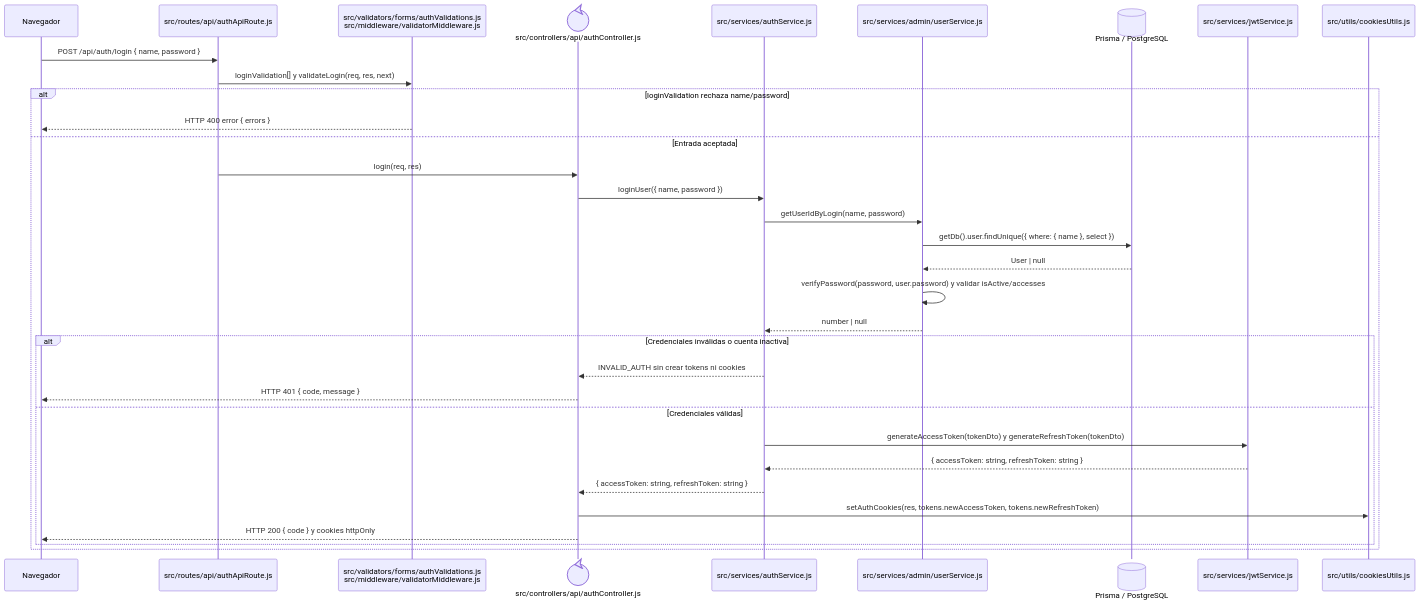
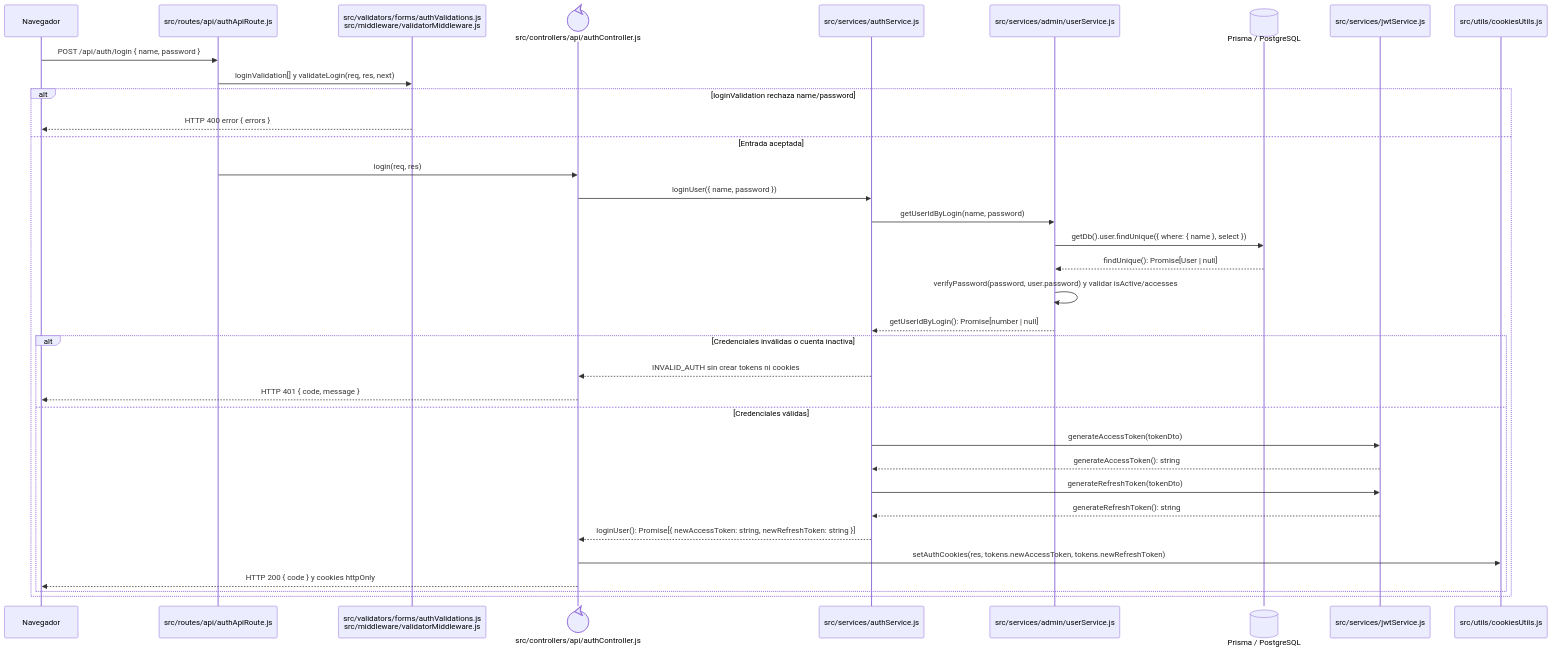
The diagram in docs/architecture/backend-code-sequences/authentication/cu-aut-01.md (gpgsistemas01/nexus), drawn with Mermaid before and after one commit. The commit also changed 50 other files, not shown here.

Commit message:
docs: separar llamadas en diagramas de secuencia

````diff
--- a/docs/architecture/backend-code-sequences/authentication/cu-aut-01.md
+++ b/docs/architecture/backend-code-sequences/authentication/cu-aut-01.md
@@ -6,36 +6,38 @@
 ```mermaid
 sequenceDiagram
     participant Browser as Navegador
     participant Router as src/routes/api/authApiRoute.js
     participant Validator as src/validators/forms/authValidations.js<br/>src/middleware/validatorMiddleware.js
     participant Controller@{ "type": "control" } as src/controllers/api/authController.js
     participant Service as src/services/authService.js
     participant User as src/services/admin/userService.js
     participant Prisma@{ "type": "database" } as Prisma / PostgreSQL
     participant Token as src/services/jwtService.js
     participant Cookies as src/utils/cookiesUtils.js
 
     Browser->>Router: POST /api/auth/login { name, password }
     Router->>Validator: loginValidation[] y validateLogin(req, res, next)
     alt loginValidation rechaza name/password
         Validator-->>Browser: HTTP 400 error { errors }
     else Entrada aceptada
         Router->>Controller: login(req, res)
         Controller->>Service: loginUser({ name, password })
         Service->>User: getUserIdByLogin(name, password)
         User->>Prisma: getDb().user.findUnique({ where: { name }, select })
-        Prisma-->>User: User | null
+        Prisma-->>User: findUnique(): Promise[User | null]
         User->>User: verifyPassword(password, user.password) y validar isActive/accesses
-        User-->>Service: number | null
+        User-->>Service: getUserIdByLogin(): Promise[number | null]
         alt Credenciales inválidas o cuenta inactiva
             Service-->>Controller: INVALID_AUTH sin crear tokens ni cookies
             Controller-->>Browser: HTTP 401 { code, message }
         else Credenciales válidas
-            Service->>Token: generateAccessToken(tokenDto) y generateRefreshToken(tokenDto)
-            Token-->>Service: { accessToken: string, refreshToken: string }
-            Service-->>Controller: { accessToken: string, refreshToken: string }
+            Service->>Token: generateAccessToken(tokenDto)
+            Token-->>Service: generateAccessToken(): string
+            Service->>Token: generateRefreshToken(tokenDto)
+            Token-->>Service: generateRefreshToken(): string
+            Service-->>Controller: loginUser(): Promise[{ newAccessToken: string, newRefreshToken: string }]
             Controller->>Cookies: setAuthCookies(res, tokens.newAccessToken, tokens.newRefreshToken)
             Controller-->>Browser: HTTP 200 { code } y cookies httpOnly
         end
     end
 ```
````
